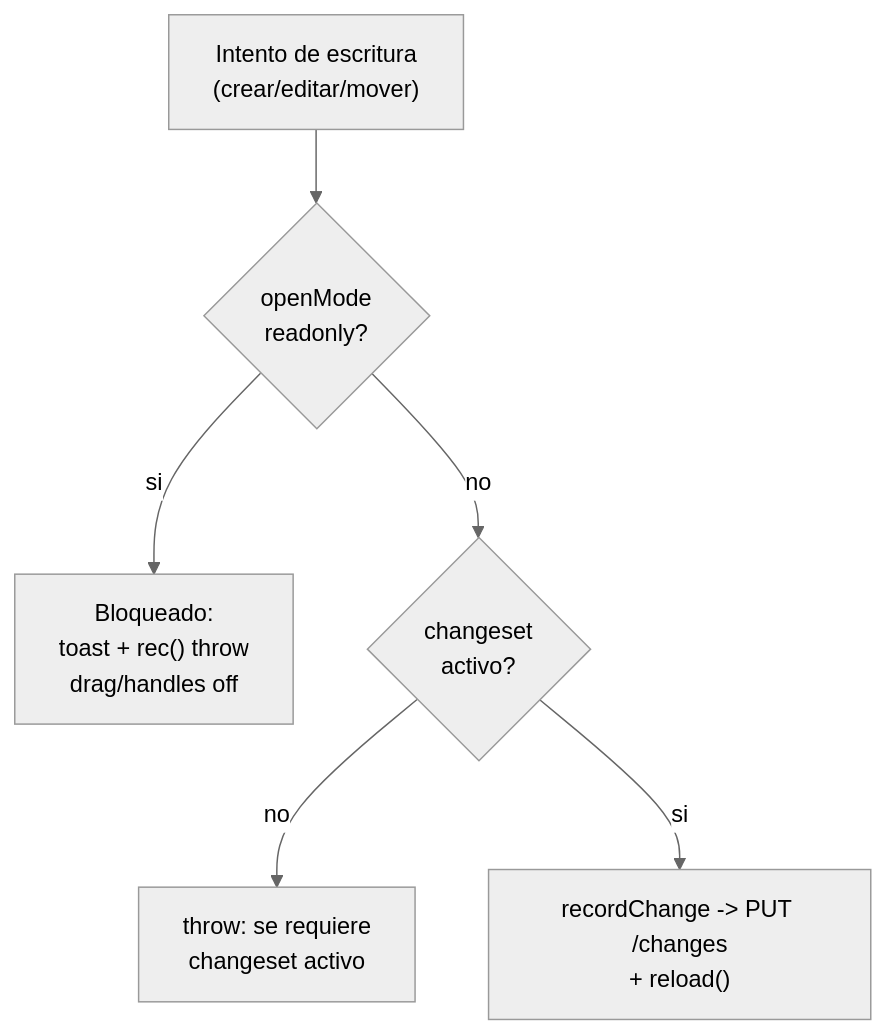
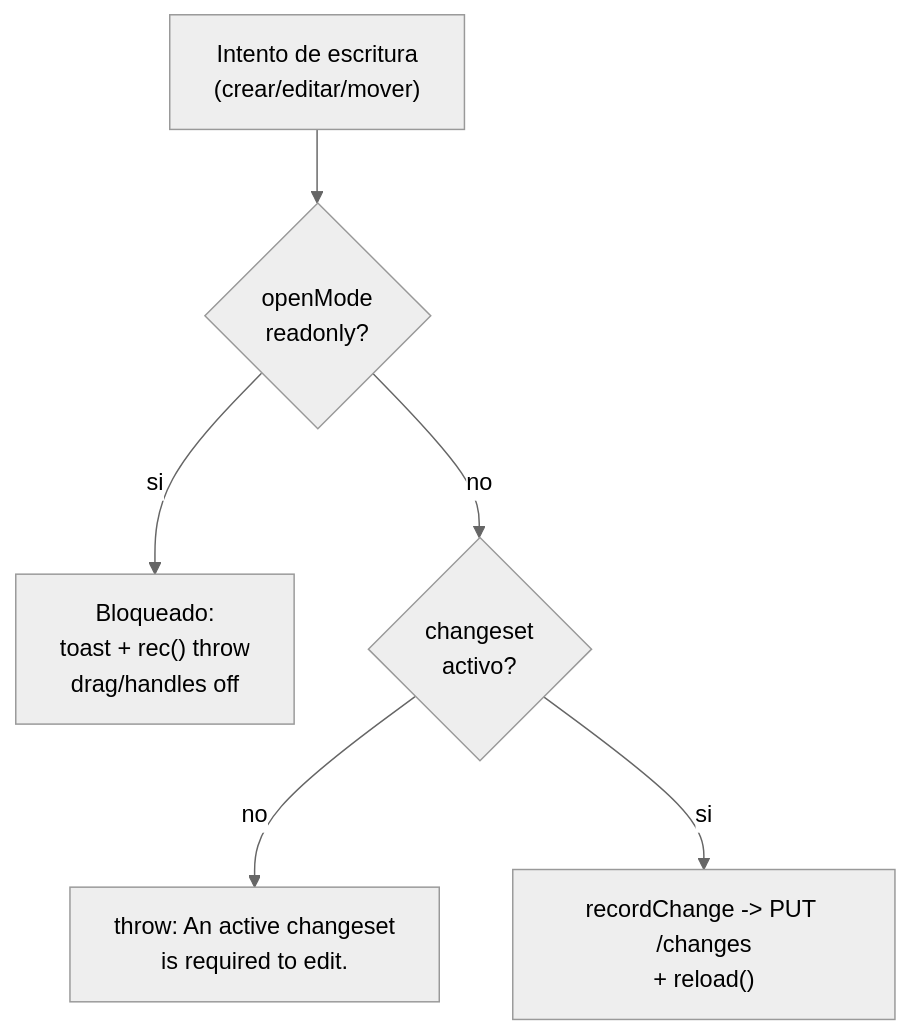
One commit to Carlosmps97/web-data-model-hub changed the eighth of 8 diagrams in doc/data-flow.md. Above: the diagram before and after it, drawn with Mermaid (neutral theme). The commit also changed other lines of this file and 209 other files, not shown here.

````diff
--- a/doc/data-flow.md
+++ b/doc/data-flow.md
@@ -684,8 +727,8 @@
 ```mermaid
 flowchart TD
   Act["Intento de escritura<br/>(crear/editar/mover)"] --> Gate1{openMode<br/>readonly?}
   Gate1 -->|si| Block["Bloqueado:<br/>toast + rec() throw<br/>drag/handles off"]
   Gate1 -->|no| Gate2{changeset<br/>activo?}
-  Gate2 -->|no| Block2["throw: se requiere<br/>changeset activo"]
+  Gate2 -->|no| Block2["throw: An active changeset<br/>is required to edit."]
   Gate2 -->|si| Write["recordChange -> PUT /changes<br/>+ reload()"]
 ```
````
